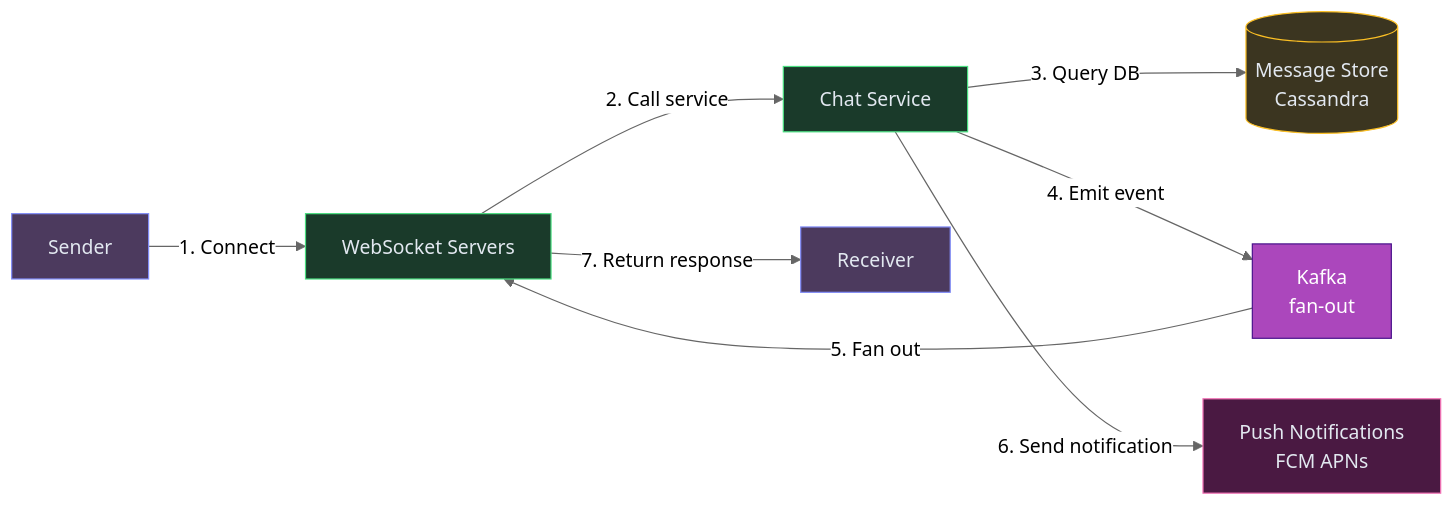
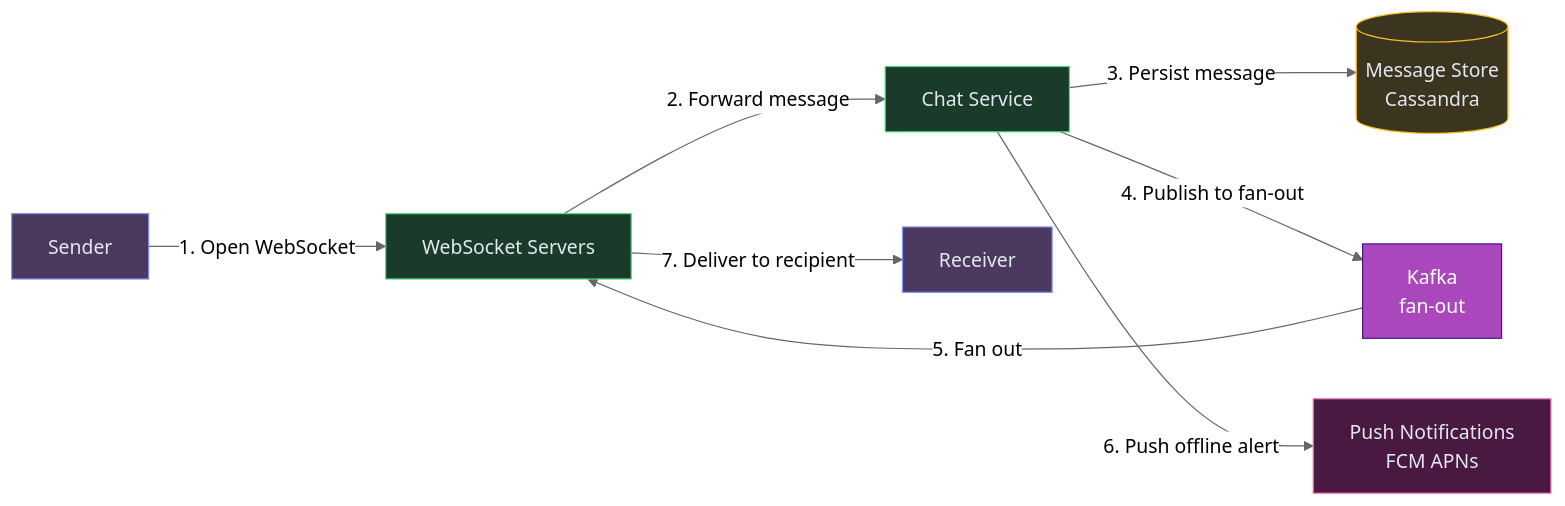
Before and after one commit to iluzn/HLD-Designs: the first of 6 diagrams in content/hld/ChatSystem.md, drawn with Mermaid (neutral theme). The commit also changed other lines of this file and 27 other files, not shown here.

````diff
--- a/content/hld/ChatSystem.md
+++ b/content/hld/ChatSystem.md
@@ -19,24 +19,24 @@
 ```mermaid
 flowchart LR
     SENDER["Sender"]:::client
     WS["WebSocket Servers"]:::service
     CHAT["Chat Service"]:::service
     STORE[("Message Store<br/>Cassandra")]:::data
     K["Kafka<br/>fan-out"]:::async
     PUSH["Push Notifications<br/>FCM APNs"]:::external
     RECEIVER["Receiver"]:::client
 
-    SENDER -->|"1. Connect"| WS
-    WS -->|"2. Call service"| CHAT
-    CHAT -->|"3. Query DB"| STORE
-    CHAT -->|"4. Emit event"| K
+    SENDER -->|"1. Open WebSocket"| WS
+    WS -->|"2. Forward message"| CHAT
+    CHAT -->|"3. Persist message"| STORE
+    CHAT -->|"4. Publish to fan-out"| K
     K -->|"5. Fan out"| WS
-    CHAT -->|"6. Send notification"| PUSH
-    WS -->|"7. Return response"| RECEIVER
+    CHAT -->|"6. Push offline alert"| PUSH
+    WS -->|"7. Deliver to recipient"| RECEIVER
 
     classDef client fill:#4c3a5e,stroke:#818cf8,color:#e2e8f0
     classDef service fill:#1a3a2a,stroke:#4ade80,color:#e2e8f0
     classDef async fill:#AB47BC,stroke:#4A148C,color:#fff
     classDef data fill:#3b3520,stroke:#fbbf24,color:#e2e8f0
     classDef external fill:#4a1942,stroke:#f472b6,color:#e2e8f0
 ```
````
